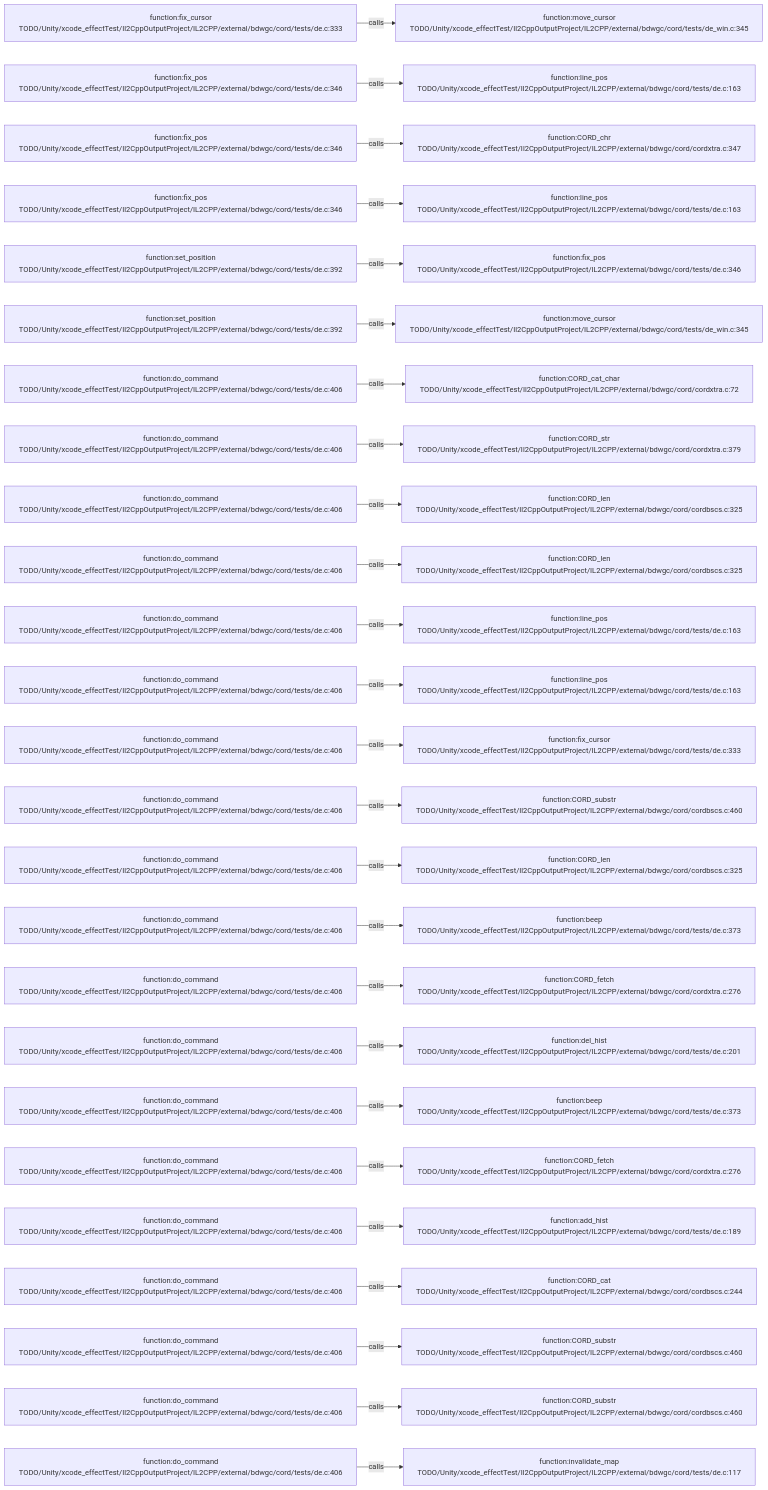
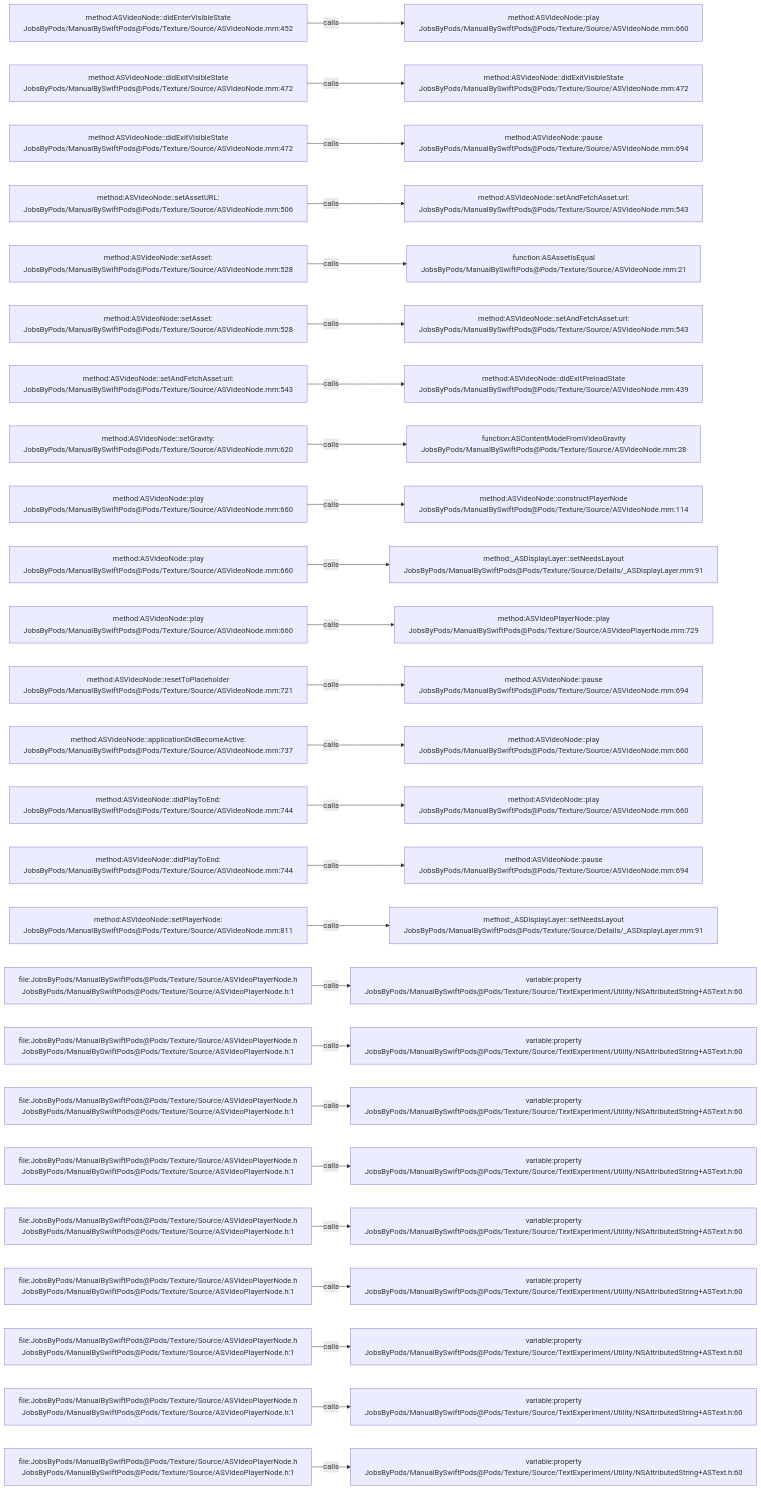
Before and after one commit to JobsKits/JobsSwiftBaseConfigDemo: the diagram in .codegraph/codegraph.md/graphs/calls-094.md, drawn with Mermaid. The commit also changed 2959 other files, not shown here.

````diff
--- a/.codegraph/codegraph.md/graphs/calls-094.md
+++ b/.codegraph/codegraph.md/graphs/calls-094.md
@@ -13,78 +13,78 @@
 ```mermaid
 flowchart LR
-  S1["function:fix_cursor<br/>TODO/Unity/xcode_effectTest/Il2CppOutputProject/IL2CPP/external/bdwgc/cord/tests/de.c:333"]
-  T1["function:move_cursor<br/>TODO/Unity/xcode_effectTest/Il2CppOutputProject/IL2CPP/external/bdwgc/cord/tests/de_win.c:345"]
+  S1["method:ASVideoNode::didEnterVisibleState<br/>JobsByPods/ManualBySwiftPods@Pods/Texture/Source/ASVideoNode.mm:452"]
+  T1["method:ASVideoNode::play<br/>JobsByPods/ManualBySwiftPods@Pods/Texture/Source/ASVideoNode.mm:660"]
   S1 -->|calls| T1
-  S2["function:fix_pos<br/>TODO/Unity/xcode_effectTest/Il2CppOutputProject/IL2CPP/external/bdwgc/cord/tests/de.c:346"]
-  T2["function:line_pos<br/>TODO/Unity/xcode_effectTest/Il2CppOutputProject/IL2CPP/external/bdwgc/cord/tests/de.c:163"]
+  S2["method:ASVideoNode::didExitVisibleState<br/>JobsByPods/ManualBySwiftPods@Pods/Texture/Source/ASVideoNode.mm:472"]
+  T2["method:ASVideoNode::didExitVisibleState<br/>JobsByPods/ManualBySwiftPods@Pods/Texture/Source/ASVideoNode.mm:472"]
   S2 -->|calls| T2
-  S3["function:fix_pos<br/>TODO/Unity/xcode_effectTest/Il2CppOutputProject/IL2CPP/external/bdwgc/cord/tests/de.c:346"]
-  T3["function:CORD_chr<br/>TODO/Unity/xcode_effectTest/Il2CppOutputProject/IL2CPP/external/bdwgc/cord/cordxtra.c:347"]
+  S3["method:ASVideoNode::didExitVisibleState<br/>JobsByPods/ManualBySwiftPods@Pods/Texture/Source/ASVideoNode.mm:472"]
+  T3["method:ASVideoNode::pause<br/>JobsByPods/ManualBySwiftPods@Pods/Texture/Source/ASVideoNode.mm:694"]
   S3 -->|calls| T3
-  S4["function:fix_pos<br/>TODO/Unity/xcode_effectTest/Il2CppOutputProject/IL2CPP/external/bdwgc/cord/tests/de.c:346"]
-  T4["function:line_pos<br/>TODO/Unity/xcode_effectTest/Il2CppOutputProject/IL2CPP/external/bdwgc/cord/tests/de.c:163"]
+  S4["method:ASVideoNode::setAssetURL:<br/>JobsByPods/ManualBySwiftPods@Pods/Texture/Source/ASVideoNode.mm:506"]
+  T4["method:ASVideoNode::setAndFetchAsset:url:<br/>JobsByPods/ManualBySwiftPods@Pods/Texture/Source/ASVideoNode.mm:543"]
   S4 -->|calls| T4
-  S5["function:set_position<br/>TODO/Unity/xcode_effectTest/Il2CppOutputProject/IL2CPP/external/bdwgc/cord/tests/de.c:392"]
-  T5["function:fix_pos<br/>TODO/Unity/xcode_effectTest/Il2CppOutputProject/IL2CPP/external/bdwgc/cord/tests/de.c:346"]
+  S5["method:ASVideoNode::setAsset:<br/>JobsByPods/ManualBySwiftPods@Pods/Texture/Source/ASVideoNode.mm:528"]
+  T5["function:ASAssetIsEqual<br/>JobsByPods/ManualBySwiftPods@Pods/Texture/Source/ASVideoNode.mm:21"]
   S5 -->|calls| T5
-  S6["function:set_position<br/>TODO/Unity/xcode_effectTest/Il2CppOutputProject/IL2CPP/external/bdwgc/cord/tests/de.c:392"]
-  T6["function:move_cursor<br/>TODO/Unity/xcode_effectTest/Il2CppOutputProject/IL2CPP/external/bdwgc/cord/tests/de_win.c:345"]
+  S6["method:ASVideoNode::setAsset:<br/>JobsByPods/ManualBySwiftPods@Pods/Texture/Source/ASVideoNode.mm:528"]
+  T6["method:ASVideoNode::setAndFetchAsset:url:<br/>JobsByPods/ManualBySwiftPods@Pods/Texture/Source/ASVideoNode.mm:543"]
   S6 -->|calls| T6
-  S7["function:do_command<br/>TODO/Unity/xcode_effectTest/Il2CppOutputProject/IL2CPP/external/bdwgc/cord/tests/de.c:406"]
-  T7["function:CORD_cat_char<br/>TODO/Unity/xcode_effectTest/Il2CppOutputProject/IL2CPP/external/bdwgc/cord/cordxtra.c:72"]
+  S7["method:ASVideoNode::setAndFetchAsset:url:<br/>JobsByPods/ManualBySwiftPods@Pods/Texture/Source/ASVideoNode.mm:543"]
+  T7["method:ASVideoNode::didExitPreloadState<br/>JobsByPods/ManualBySwiftPods@Pods/Texture/Source/ASVideoNode.mm:439"]
   S7 -->|calls| T7
-  S8["function:do_command<br/>TODO/Unity/xcode_effectTest/Il2CppOutputProject/IL2CPP/external/bdwgc/cord/tests/de.c:406"]
-  T8["function:CORD_str<br/>TODO/Unity/xcode_effectTest/Il2CppOutputProject/IL2CPP/external/bdwgc/cord/cordxtra.c:379"]
+  S8["method:ASVideoNode::setGravity:<br/>JobsByPods/ManualBySwiftPods@Pods/Texture/Source/ASVideoNode.mm:620"]
+  T8["function:ASContentModeFromVideoGravity<br/>JobsByPods/ManualBySwiftPods@Pods/Texture/Source/ASVideoNode.mm:28"]
   S8 -->|calls| T8
-  S9["function:do_command<br/>TODO/Unity/xcode_effectTest/Il2CppOutputProject/IL2CPP/external/bdwgc/cord/tests/de.c:406"]
-  T9["function:CORD_len<br/>TODO/Unity/xcode_effectTest/Il2CppOutputProject/IL2CPP/external/bdwgc/cord/cordbscs.c:325"]
+  S9["method:ASVideoNode::play<br/>JobsByPods/ManualBySwiftPods@Pods/Texture/Source/ASVideoNode.mm:660"]
+  T9["method:ASVideoNode::constructPlayerNode<br/>JobsByPods/ManualBySwiftPods@Pods/Texture/Source/ASVideoNode.mm:114"]
   S9 -->|calls| T9
-  S10["function:do_command<br/>TODO/Unity/xcode_effectTest/Il2CppOutputProject/IL2CPP/external/bdwgc/cord/tests/de.c:406"]
-  T10["function:CORD_len<br/>TODO/Unity/xcode_effectTest/Il2CppOutputProject/IL2CPP/external/bdwgc/cord/cordbscs.c:325"]
+  S10["method:ASVideoNode::play<br/>JobsByPods/ManualBySwiftPods@Pods/Texture/Source/ASVideoNode.mm:660"]
+  T10["method:_ASDisplayLayer::setNeedsLayout<br/>JobsByPods/ManualBySwiftPods@Pods/Texture/Source/Details/_ASDisplayLayer.mm:91"]
   S10 -->|calls| T10
-  S11["function:do_command<br/>TODO/Unity/xcode_effectTest/Il2CppOutputProject/IL2CPP/external/bdwgc/cord/tests/de.c:406"]
-  T11["function:line_pos<br/>TODO/Unity/xcode_effectTest/Il2CppOutputProject/IL2CPP/external/bdwgc/cord/tests/de.c:163"]
+  S11["method:ASVideoNode::play<br/>JobsByPods/ManualBySwiftPods@Pods/Texture/Source/ASVideoNode.mm:660"]
+  T11["method:ASVideoPlayerNode::play<br/>JobsByPods/ManualBySwiftPods@Pods/Texture/Source/ASVideoPlayerNode.mm:729"]
   S11 -->|calls| T11
-  S12["function:do_command<br/>TODO/Unity/xcode_effectTest/Il2CppOutputProject/IL2CPP/external/bdwgc/cord/tests/de.c:406"]
-  T12["function:line_pos<br/>TODO/Unity/xcode_effectTest/Il2CppOutputProject/IL2CPP/external/bdwgc/cord/tests/de.c:163"]
+  S12["method:ASVideoNode::resetToPlaceholder<br/>JobsByPods/ManualBySwiftPods@Pods/Texture/Source/ASVideoNode.mm:721"]
+  T12["method:ASVideoNode::pause<br/>JobsByPods/ManualBySwiftPods@Pods/Texture/Source/ASVideoNode.mm:694"]
   S12 -->|calls| T12
-  S13["function:do_command<br/>TODO/Unity/xcode_effectTest/Il2CppOutputProject/IL2CPP/external/bdwgc/cord/tests/de.c:406"]
-  T13["function:fix_cursor<br/>TODO/Unity/xcode_effectTest/Il2CppOutputProject/IL2CPP/external/bdwgc/cord/tests/de.c:333"]
+  S13["method:ASVideoNode::applicationDidBecomeActive:<br/>JobsByPods/ManualBySwiftPods@Pods/Texture/Source/ASVideoNode.mm:737"]
+  T13["method:ASVideoNode::play<br/>JobsByPods/ManualBySwiftPods@Pods/Texture/Source/ASVideoNode.mm:660"]
   S13 -->|calls| T13
-  S14["function:do_command<br/>TODO/Unity/xcode_effectTest/Il2CppOutputProject/IL2CPP/external/bdwgc/cord/tests/de.c:406"]
-  T14["function:CORD_substr<br/>TODO/Unity/xcode_effectTest/Il2CppOutputProject/IL2CPP/external/bdwgc/cord/cordbscs.c:460"]
+  S14["method:ASVideoNode::didPlayToEnd:<br/>JobsByPods/ManualBySwiftPods@Pods/Texture/Source/ASVideoNode.mm:744"]
+  T14["method:ASVideoNode::play<br/>JobsByPods/ManualBySwiftPods@Pods/Texture/Source/ASVideoNode.mm:660"]
   S14 -->|calls| T14
-  S15["function:do_command<br/>TODO/Unity/xcode_effectTest/Il2CppOutputProject/IL2CPP/external/bdwgc/cord/tests/de.c:406"]
-  T15["function:CORD_len<br/>TODO/Unity/xcode_effectTest/Il2CppOutputProject/IL2CPP/external/bdwgc/cord/cordbscs.c:325"]
+  S15["method:ASVideoNode::didPlayToEnd:<br/>JobsByPods/ManualBySwiftPods@Pods/Texture/Source/ASVideoNode.mm:744"]
+  T15["method:ASVideoNode::pause<br/>JobsByPods/ManualBySwiftPods@Pods/Texture/Source/ASVideoNode.mm:694"]
   S15 -->|calls| T15
-  S16["function:do_command<br/>TODO/Unity/xcode_effectTest/Il2CppOutputProject/IL2CPP/external/bdwgc/cord/tests/de.c:406"]
-  T16["function:beep<br/>TODO/Unity/xcode_effectTest/Il2CppOutputProject/IL2CPP/external/bdwgc/cord/tests/de.c:373"]
+  S16["method:ASVideoNode::setPlayerNode:<br/>JobsByPods/ManualBySwiftPods@Pods/Texture/Source/ASVideoNode.mm:811"]
+  T16["method:_ASDisplayLayer::setNeedsLayout<br/>JobsByPods/ManualBySwiftPods@Pods/Texture/Source/Details/_ASDisplayLayer.mm:91"]
   S16 -->|calls| T16
-  S17["function:do_command<br/>TODO/Unity/xcode_effectTest/Il2CppOutputProject/IL2CPP/external/bdwgc/cord/tests/de.c:406"]
-  T17["function:CORD_fetch<br/>TODO/Unity/xcode_effectTest/Il2CppOutputProject/IL2CPP/external/bdwgc/cord/cordxtra.c:276"]
+  S17["file:JobsByPods/ManualBySwiftPods@Pods/Texture/Source/ASVideoPlayerNode.h<br/>JobsByPods/ManualBySwiftPods@Pods/Texture/Source/ASVideoPlayerNode.h:1"]
+  T17["variable:property<br/>JobsByPods/ManualBySwiftPods@Pods/Texture/Source/TextExperiment/Utility/NSAttributedString+ASText.h:60"]
   S17 -->|calls| T17
-  S18["function:do_command<br/>TODO/Unity/xcode_effectTest/Il2CppOutputProject/IL2CPP/external/bdwgc/cord/tests/de.c:406"]
-  T18["function:del_hist<br/>TODO/Unity/xcode_effectTest/Il2CppOutputProject/IL2CPP/external/bdwgc/cord/tests/de.c:201"]
+  S18["file:JobsByPods/ManualBySwiftPods@Pods/Texture/Source/ASVideoPlayerNode.h<br/>JobsByPods/ManualBySwiftPods@Pods/Texture/Source/ASVideoPlayerNode.h:1"]
+  T18["variable:property<br/>JobsByPods/ManualBySwiftPods@Pods/Texture/Source/TextExperiment/Utility/NSAttributedString+ASText.h:60"]
   S18 -->|calls| T18
-  S19["function:do_command<br/>TODO/Unity/xcode_effectTest/Il2CppOutputProject/IL2CPP/external/bdwgc/cord/tests/de.c:406"]
-  T19["function:beep<br/>TODO/Unity/xcode_effectTest/Il2CppOutputProject/IL2CPP/external/bdwgc/cord/tests/de.c:373"]
+  S19["file:JobsByPods/ManualBySwiftPods@Pods/Texture/Source/ASVideoPlayerNode.h<br/>JobsByPods/ManualBySwiftPods@Pods/Texture/Source/ASVideoPlayerNode.h:1"]
+  T19["variable:property<br/>JobsByPods/ManualBySwiftPods@Pods/Texture/Source/TextExperiment/Utility/NSAttributedString+ASText.h:60"]
   S19 -->|calls| T19
-  S20["function:do_command<br/>TODO/Unity/xcode_effectTest/Il2CppOutputProject/IL2CPP/external/bdwgc/cord/tests/de.c:406"]
-  T20["function:CORD_fetch<br/>TODO/Unity/xcode_effectTest/Il2CppOutputProject/IL2CPP/external/bdwgc/cord/cordxtra.c:276"]
+  S20["file:JobsByPods/ManualBySwiftPods@Pods/Texture/Source/ASVideoPlayerNode.h<br/>JobsByPods/ManualBySwiftPods@Pods/Texture/Source/ASVideoPlayerNode.h:1"]
+  T20["variable:property<br/>JobsByPods/ManualBySwiftPods@Pods/Texture/Source/TextExperiment/Utility/NSAttributedString+ASText.h:60"]
   S20 -->|calls| T20
-  S21["function:do_command<br/>TODO/Unity/xcode_effectTest/Il2CppOutputProject/IL2CPP/external/bdwgc/cord/tests/de.c:406"]
-  T21["function:add_hist<br/>TODO/Unity/xcode_effectTest/Il2CppOutputProject/IL2CPP/external/bdwgc/cord/tests/de.c:189"]
+  S21["file:JobsByPods/ManualBySwiftPods@Pods/Texture/Source/ASVideoPlayerNode.h<br/>JobsByPods/ManualBySwiftPods@Pods/Texture/Source/ASVideoPlayerNode.h:1"]
+  T21["variable:property<br/>JobsByPods/ManualBySwiftPods@Pods/Texture/Source/TextExperiment/Utility/NSAttributedString+ASText.h:60"]
   S21 -->|calls| T21
-  S22["function:do_command<br/>TODO/Unity/xcode_effectTest/Il2CppOutputProject/IL2CPP/external/bdwgc/cord/tests/de.c:406"]
-  T22["function:CORD_cat<br/>TODO/Unity/xcode_effectTest/Il2CppOutputProject/IL2CPP/external/bdwgc/cord/cordbscs.c:244"]
+  S22["file:JobsByPods/ManualBySwiftPods@Pods/Texture/Source/ASVideoPlayerNode.h<br/>JobsByPods/ManualBySwiftPods@Pods/Texture/Source/ASVideoPlayerNode.h:1"]
+  T22["variable:property<br/>JobsByPods/ManualBySwiftPods@Pods/Texture/Source/TextExperiment/Utility/NSAttributedString+ASText.h:60"]
   S22 -->|calls| T22
-  S23["function:do_command<br/>TODO/Unity/xcode_effectTest/Il2CppOutputProject/IL2CPP/external/bdwgc/cord/tests/de.c:406"]
-  T23["function:CORD_substr<br/>TODO/Unity/xcode_effectTest/Il2CppOutputProject/IL2CPP/external/bdwgc/cord/cordbscs.c:460"]
+  S23["file:JobsByPods/ManualBySwiftPods@Pods/Texture/Source/ASVideoPlayerNode.h<br/>JobsByPods/ManualBySwiftPods@Pods/Texture/Source/ASVideoPlayerNode.h:1"]
+  T23["variable:property<br/>JobsByPods/ManualBySwiftPods@Pods/Texture/Source/TextExperiment/Utility/NSAttributedString+ASText.h:60"]
   S23 -->|calls| T23
-  S24["function:do_command<br/>TODO/Unity/xcode_effectTest/Il2CppOutputProject/IL2CPP/external/bdwgc/cord/tests/de.c:406"]
-  T24["function:CORD_substr<br/>TODO/Unity/xcode_effectTest/Il2CppOutputProject/IL2CPP/external/bdwgc/cord/cordbscs.c:460"]
+  S24["file:JobsByPods/ManualBySwiftPods@Pods/Texture/Source/ASVideoPlayerNode.h<br/>JobsByPods/ManualBySwiftPods@Pods/Texture/Source/ASVideoPlayerNode.h:1"]
+  T24["variable:property<br/>JobsByPods/ManualBySwiftPods@Pods/Texture/Source/TextExperiment/Utility/NSAttributedString+ASText.h:60"]
   S24 -->|calls| T24
-  S25["function:do_command<br/>TODO/Unity/xcode_effectTest/Il2CppOutputProject/IL2CPP/external/bdwgc/cord/tests/de.c:406"]
-  T25["function:invalidate_map<br/>TODO/Unity/xcode_effectTest/Il2CppOutputProject/IL2CPP/external/bdwgc/cord/tests/de.c:117"]
+  S25["file:JobsByPods/ManualBySwiftPods@Pods/Texture/Source/ASVideoPlayerNode.h<br/>JobsByPods/ManualBySwiftPods@Pods/Texture/Source/ASVideoPlayerNode.h:1"]
+  T25["variable:property<br/>JobsByPods/ManualBySwiftPods@Pods/Texture/Source/TextExperiment/Utility/NSAttributedString+ASText.h:60"]
   S25 -->|calls| T25
 ```
````
